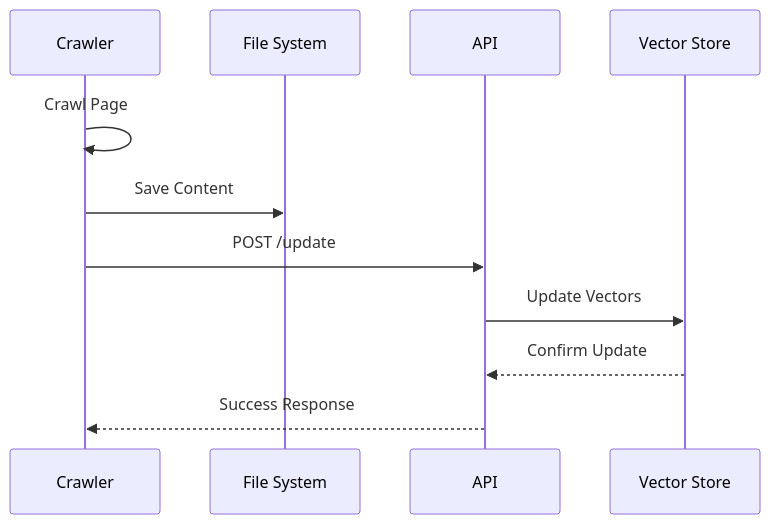
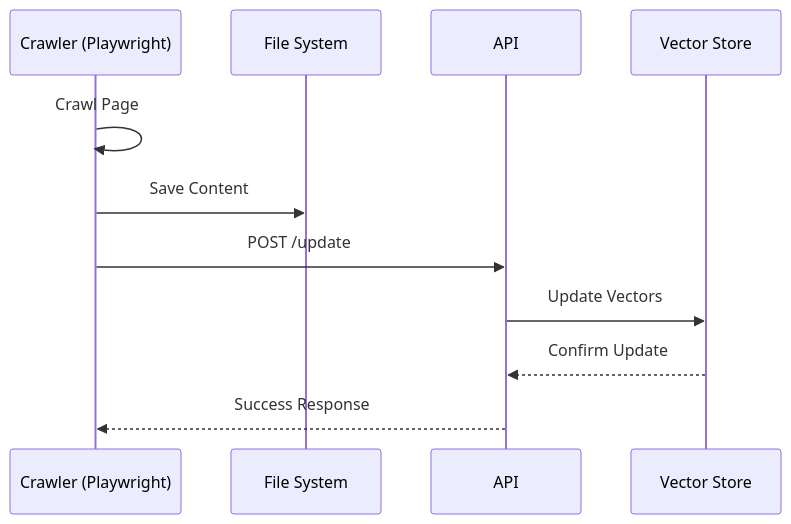
The second of 3 diagrams in ARCHITECTURE.md (mnhlt/General-RAG), drawn with Mermaid before and after one commit. The commit also changed other lines of this file and 9 other files, not shown here.

````diff
--- a/ARCHITECTURE.md
+++ b/ARCHITECTURE.md
@@ -173,14 +48,14 @@
 ```mermaid
 sequenceDiagram
-    participant C as Crawler
+    participant C as Crawler (Playwright)
     participant F as File System
     participant A as API
     participant V as Vector Store
 
     C->>C: Crawl Page
     C->>F: Save Content
     C->>A: POST /update
     A->>V: Update Vectors
     V-->>A: Confirm Update
     A-->>C: Success Response
 ```
````
